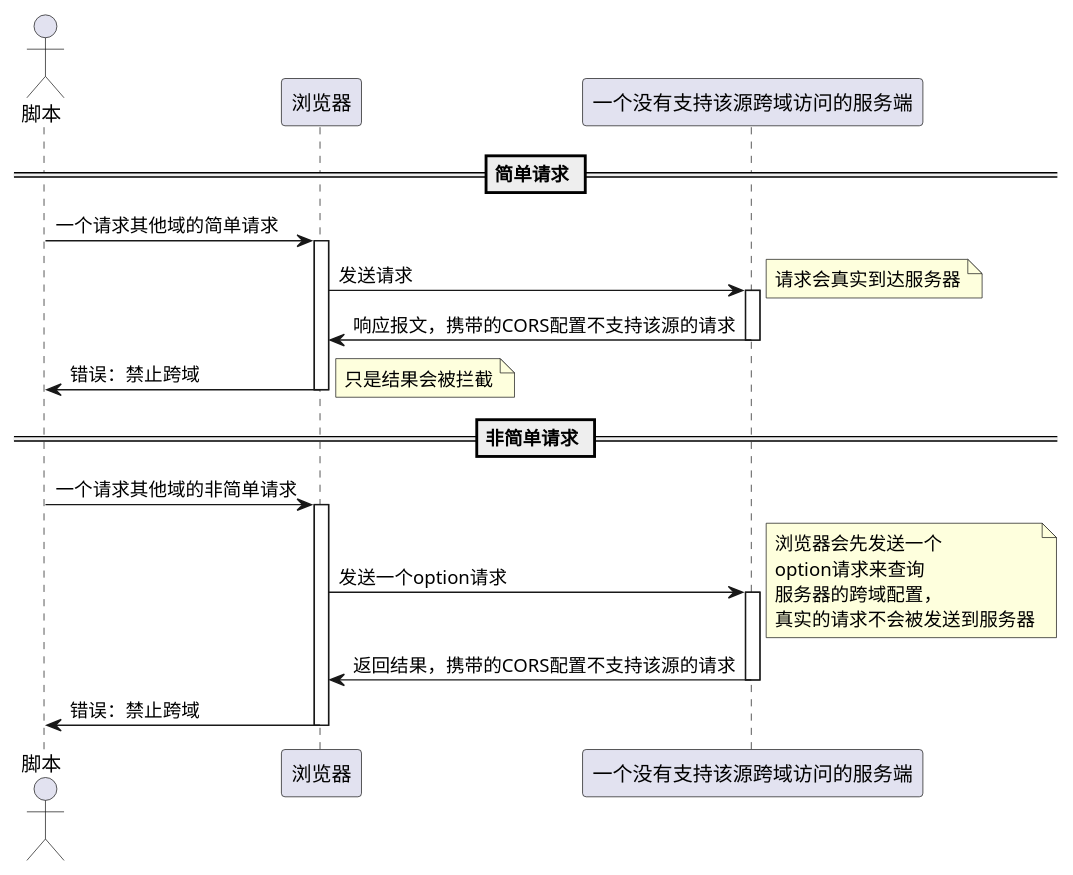
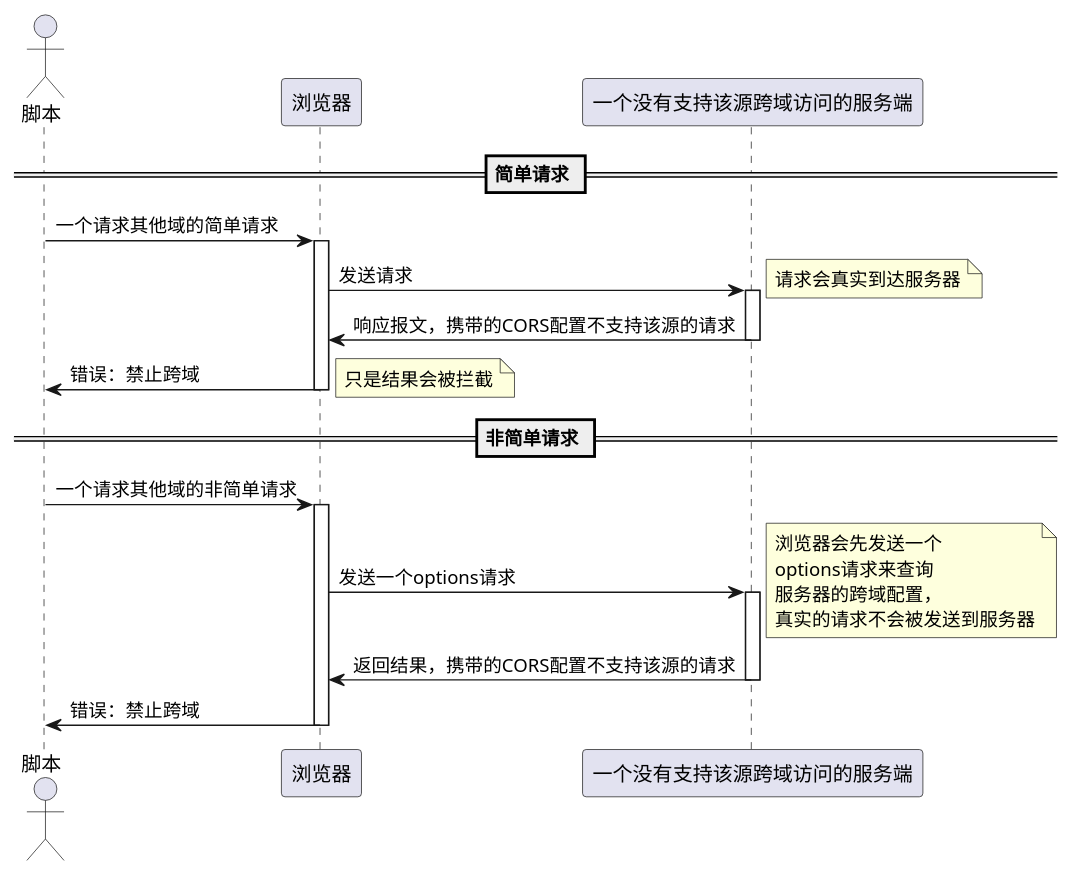
One commit to er1c-zh/blog changed the diagram in site/content/post/http/what-is-http-security.md. Above: the diagram before and after it, drawn with PlantUML. The commit also changed other lines of this file, not shown here.

Commit message:
[fix] typo option -> options

````diff
--- a/site/content/post/http/what-is-http-security.md
+++ b/site/content/post/http/what-is-http-security.md
@@ -148,35 +148,35 @@
     ```plantuml
     @startuml cors-origin request
 
     == 简单请求 == 
 
     actor 脚本 as script
     participant 浏览器 as browser
     participant 一个没有支持该源跨域访问的服务端 as server
 
     script -> browser: 一个请求其他域的简单请求
     activate browser
     browser -> server: 发送请求
     activate server
     note right: 请求会真实到达服务器
     server -> browser: 响应报文，携带的CORS配置不支持该源的请求
     deactivate server
     browser -> script: 错误：禁止跨域
     deactivate browser
     note right: 只是结果会被拦截
 
     == 非简单请求 ==
 
 
     script -> browser: 一个请求其他域的非简单请求
     activate browser
-    browser -> server: 发送一个option请求
+    browser -> server: 发送一个options请求
     activate server
-    note right: 浏览器会先发送一个\noption请求来查询\n服务器的跨域配置，\n真实的请求不会被发送到服务器
+    note right: 浏览器会先发送一个\noptions请求来查询\n服务器的跨域配置，\n真实的请求不会被发送到服务器
     server -> browser: 返回结果，携带的CORS配置不支持该源的请求
     deactivate server
     browser -> script: 错误：禁止跨域
     deactivate browser
 
     @enduml
     ```
````
